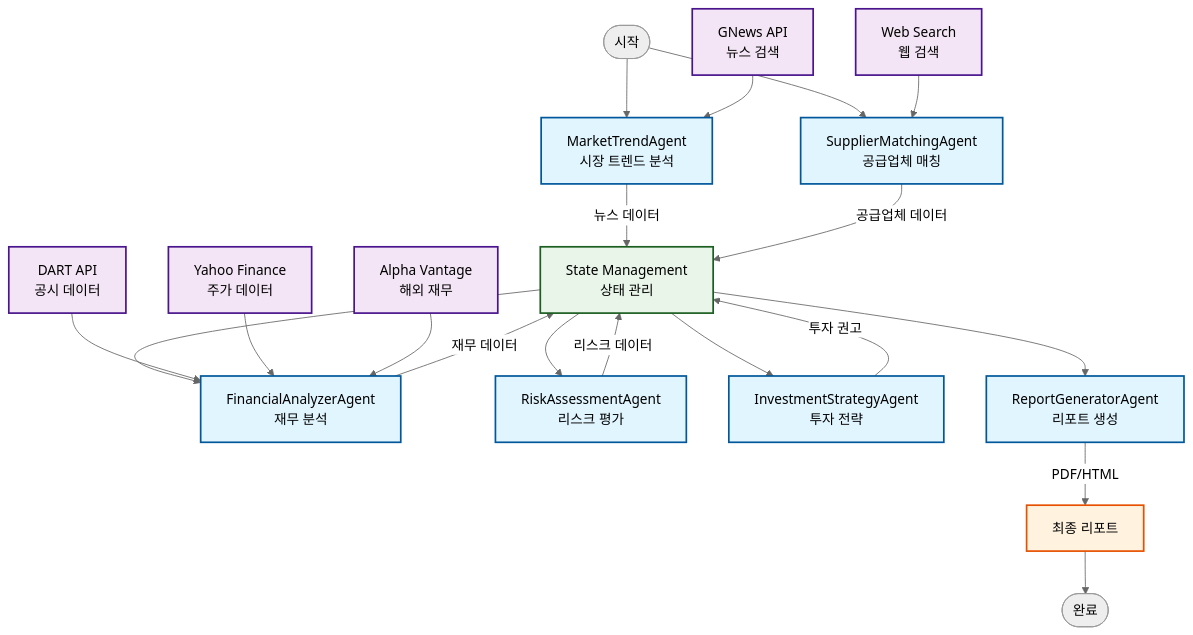
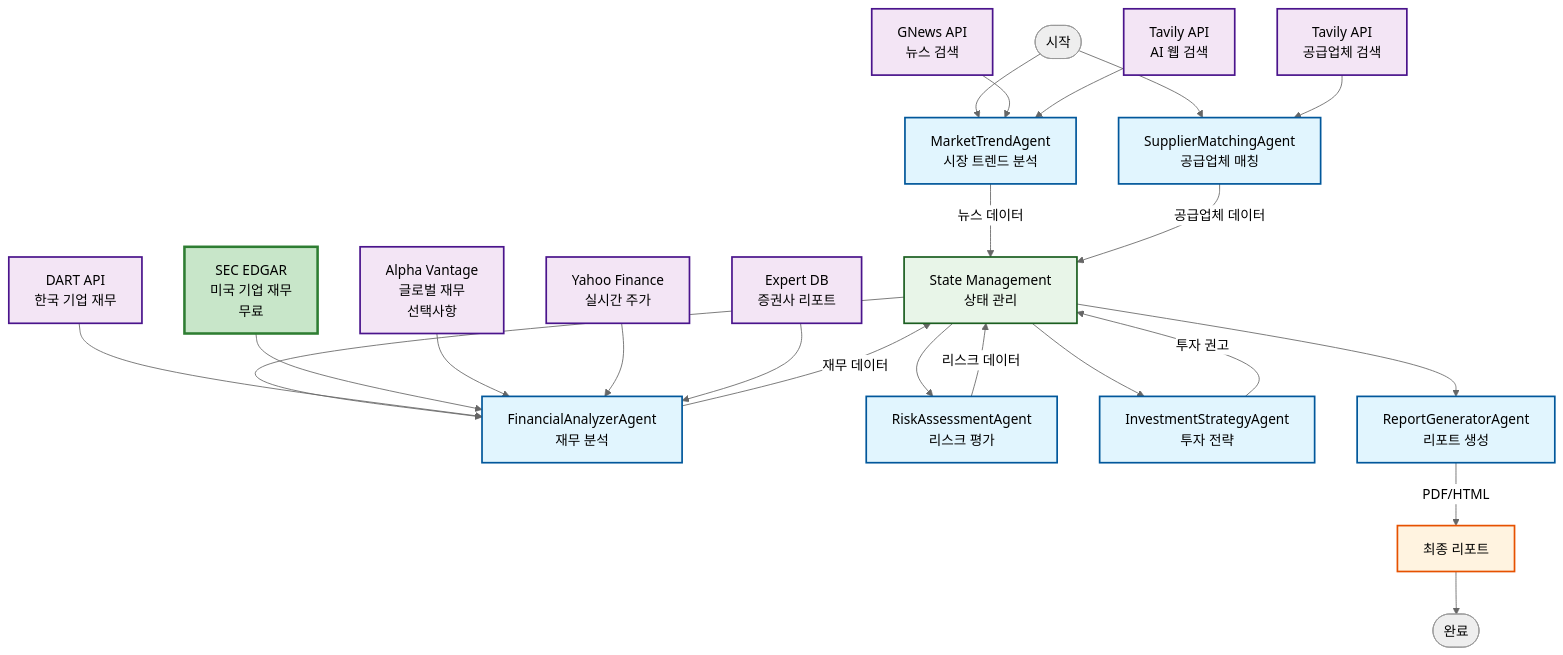
The diagram in ARCHITECTURE.md (sommmmmmmmm/EVI-AgentSystem), drawn with Mermaid (neutral theme) before and after one commit. The commit also changed other lines of this file and 22 other files, not shown here.

````diff
--- a/ARCHITECTURE.md
+++ b/ARCHITECTURE.md
@@ -13,40 +5,43 @@
 ```mermaid
 graph TB
     Start([시작]) --> MT[MarketTrendAgent<br/>시장 트렌드 분석]
     Start --> SM[SupplierMatchingAgent<br/>공급업체 매칭]
     
     MT --> |뉴스 데이터| State[State Management<br/>상태 관리]
     SM --> |공급업체 데이터| State
     
     State --> FA[FinancialAnalyzerAgent<br/>재무 분석]
     FA --> |재무 데이터| State
     
     State --> RA[RiskAssessmentAgent<br/>리스크 평가]
     RA --> |리스크 데이터| State
     
     State --> IS[InvestmentStrategyAgent<br/>투자 전략]
     IS --> |투자 권고| State
     
     State --> RG[ReportGeneratorAgent<br/>리포트 생성]
     RG --> |PDF/HTML| Output[최종 리포트]
     
     Output --> End([완료])
     
-    %% 데이터 소스
     GNews[GNews API<br/>뉴스 검색] --> MT
-    WebSearch[Web Search<br/>웹 검색] --> SM
-    DART[DART API<br/>공시 데이터] --> FA
-    Yahoo[Yahoo Finance<br/>주가 데이터] --> FA
-    Alpha[Alpha Vantage<br/>해외 재무] --> FA
+    Tavily[Tavily API<br/>AI 웹 검색] --> MT
+    Tavily2[Tavily API<br/>공급업체 검색] --> SM
+    DART[DART API<br/>한국 기업 재무] --> FA
+    SEC[SEC EDGAR<br/>미국 기업 재무<br/>무료] --> FA
+    Alpha[Alpha Vantage<br/>글로벌 재무<br/>선택사항] --> FA
+    Yahoo[Yahoo Finance<br/>실시간 주가] --> FA
+    Expert[Expert DB<br/>증권사 리포트] --> FA
     
-    %% 스타일링
     classDef agent fill:#e1f5fe,stroke:#01579b,stroke-width:2px
     classDef data fill:#f3e5f5,stroke:#4a148c,stroke-width:2px
+    classDef priority fill:#c8e6c9,stroke:#2e7d32,stroke-width:3px
     classDef state fill:#e8f5e8,stroke:#1b5e20,stroke-width:2px
     classDef output fill:#fff3e0,stroke:#e65100,stroke-width:2px
     
     class MT,SM,FA,RA,IS,RG agent
-    class GNews,WebSearch,DART,Yahoo,Alpha data
+    class GNews,Tavily,Tavily2,DART,Yahoo,Alpha,Expert data
+    class SEC priority
     class State state
     class Output output
 ```
````
